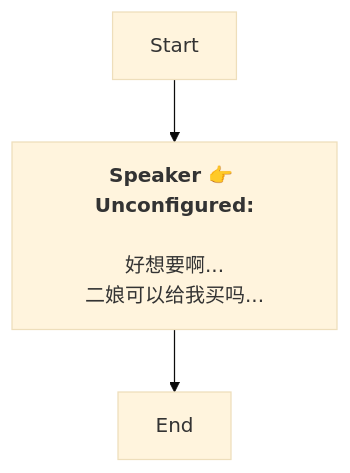
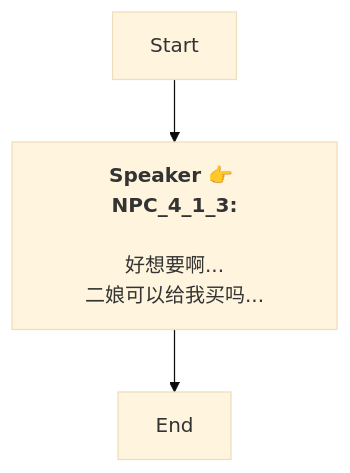
Before and after one commit to SoftHu/tos_avg: the diagram in Zh/Dialog_54729916767396.md, drawn with Mermaid (base theme). The commit also changed 737 other files, not shown here.

````diff
--- a/Zh/Dialog_54729916767396.md
+++ b/Zh/Dialog_54729916767396.md
@@ -1,9 +1,8 @@
 ```mermaid
 graph
-Start -->1751357408080441[<b>Speaker 👉 Unconfigured:</b>
-
-好想要啊...
+Start -->1751357408080441[<b>Speaker 👉 NPC_4_1_3:</b>
+\n好想要啊...
 二娘可以给我买吗...]
 1751357408080441 -->1751357409769018[End]
 
- ```
+```
````
